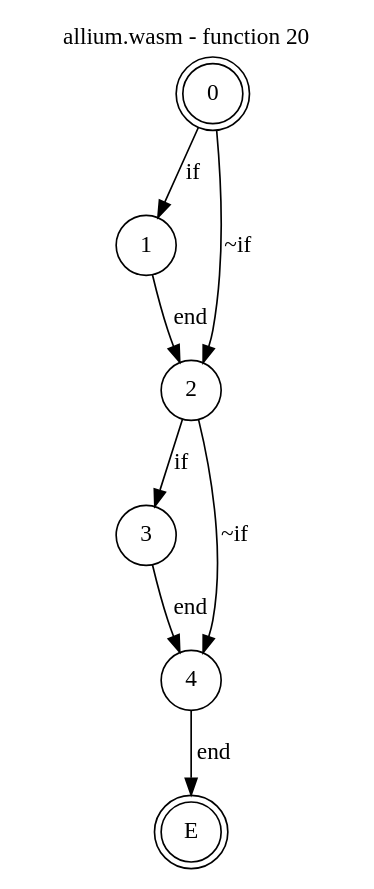
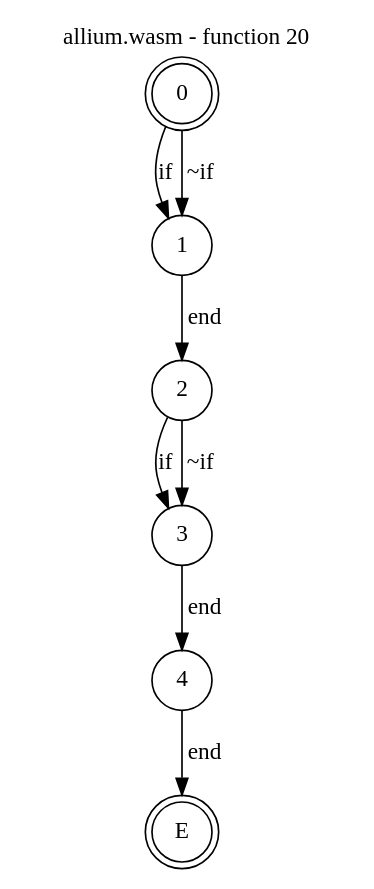
Before and after one commit to jsCarleton/wanalyze: the diagram in test_cases/allium/funcs/allium-func20.dot, drawn with Graphviz. The commit also changed 205 other files, not shown here.

```diff
--- a/test_cases/allium/funcs/allium-func20.dot
+++ b/test_cases/allium/funcs/allium-func20.dot
@@ -1,16 +1,16 @@
 digraph finite_state_machine {
     label = "allium.wasm - function 20"
     labelloc =  t
     labelfontsize = 16
     labelfontcolor = black
     labelfontname = "Helvetica"
     node [shape = doublecircle]; 0 E ;
     node [shape = circle];
     0 -> 1[label="if"];
-    0 -> 2[label="~if"];
+    0 -> 1[label="~if"];
     1 -> 2[label="end"];
     2 -> 3[label="if"];
-    2 -> 4[label="~if"];
+    2 -> 3[label="~if"];
     3 -> 4[label="end"];
     4 -> E[label="end"];
 }
```
